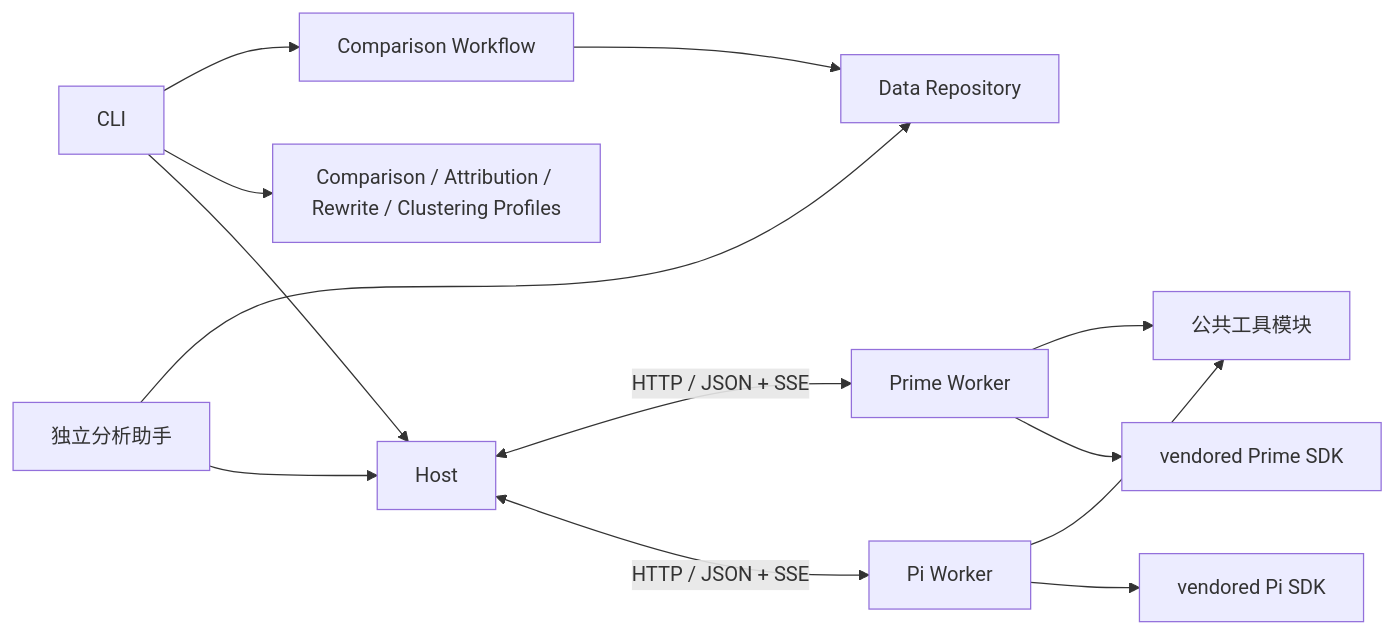
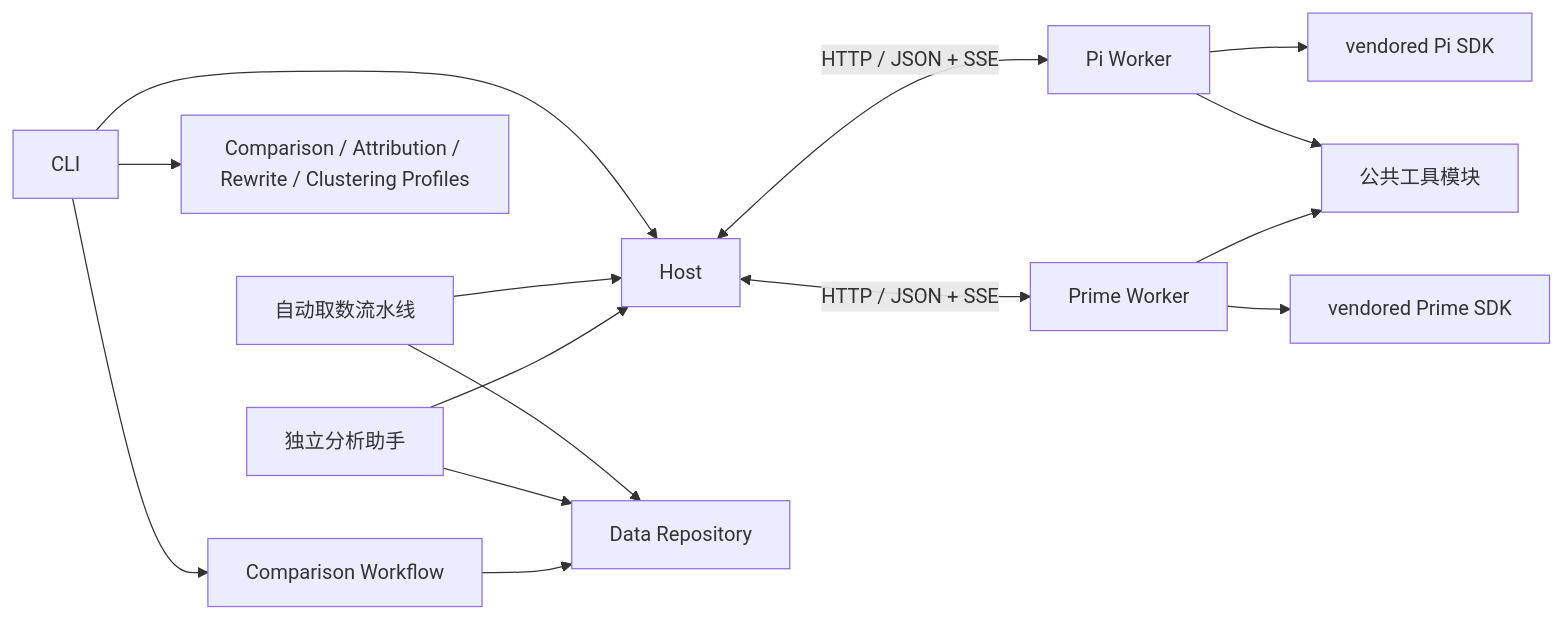
Before and after one commit to cmy-hhxx/agent_eval_harness: the diagram in docs/architecture.md, drawn with Mermaid. The commit also changed other lines of this file and 82 other files, not shown here.

````diff
--- a/docs/architecture.md
+++ b/docs/architecture.md
@@ -9,15 +9,17 @@
 ```mermaid
 flowchart LR
   CLI --> Host
+  Automations[自动取数流水线] --> Host
+  Automations --> Data
   CLI --> Agents[Comparison / Attribution / Rewrite / Clustering Profiles]
   CLI --> Workflow[Comparison Workflow]
   Assistant[独立分析助手] --> Host
   Assistant --> Data[Data Repository]
   Workflow --> Data
   Host <-->|HTTP / JSON + SSE| Pi[Pi Worker]
   Host <-->|HTTP / JSON + SSE| Prime[Prime Worker]
   Pi --> PiSDK[vendored Pi SDK]
   Prime --> PrimeSDK[vendored Prime SDK]
   Pi --> Tools[公共工具模块]
   Prime --> Tools
 ```
````
